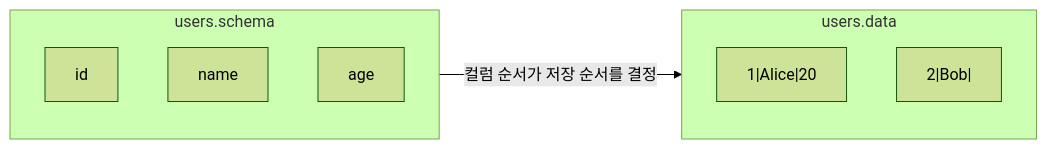
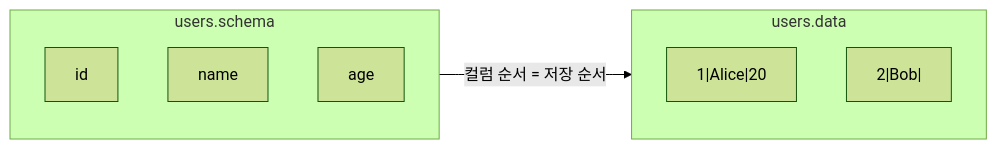
One commit to whiskend/sql-parser-engine changed the fifth of 11 diagrams in README.md. Above: the diagram before and after it, drawn with Mermaid (forest theme). The commit also changed other lines of this file and 1 other file, not shown here.

````diff
--- a/README.md
+++ b/README.md
@@ -132,15 +92,15 @@
 ```mermaid
 flowchart LR
     subgraph Schema["users.schema"]
         S1["id"]
         S2["name"]
         S3["age"]
     end
 
     subgraph Data["users.data"]
         D1["1|Alice|20"]
         D2["2|Bob|"]
     end
 
-    Schema -->|"컬럼 순서가 저장 순서를 결정"| Data
+    Schema -->|"컬럼 순서 = 저장 순서"| Data
 ```
````
